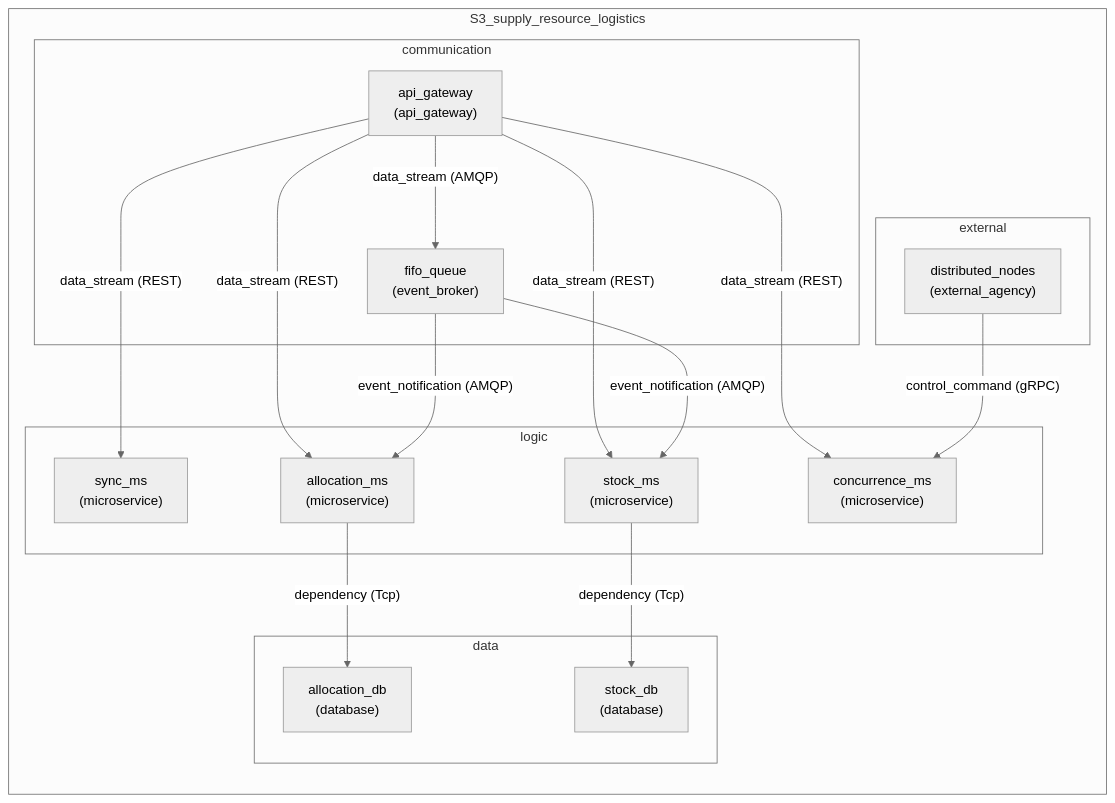
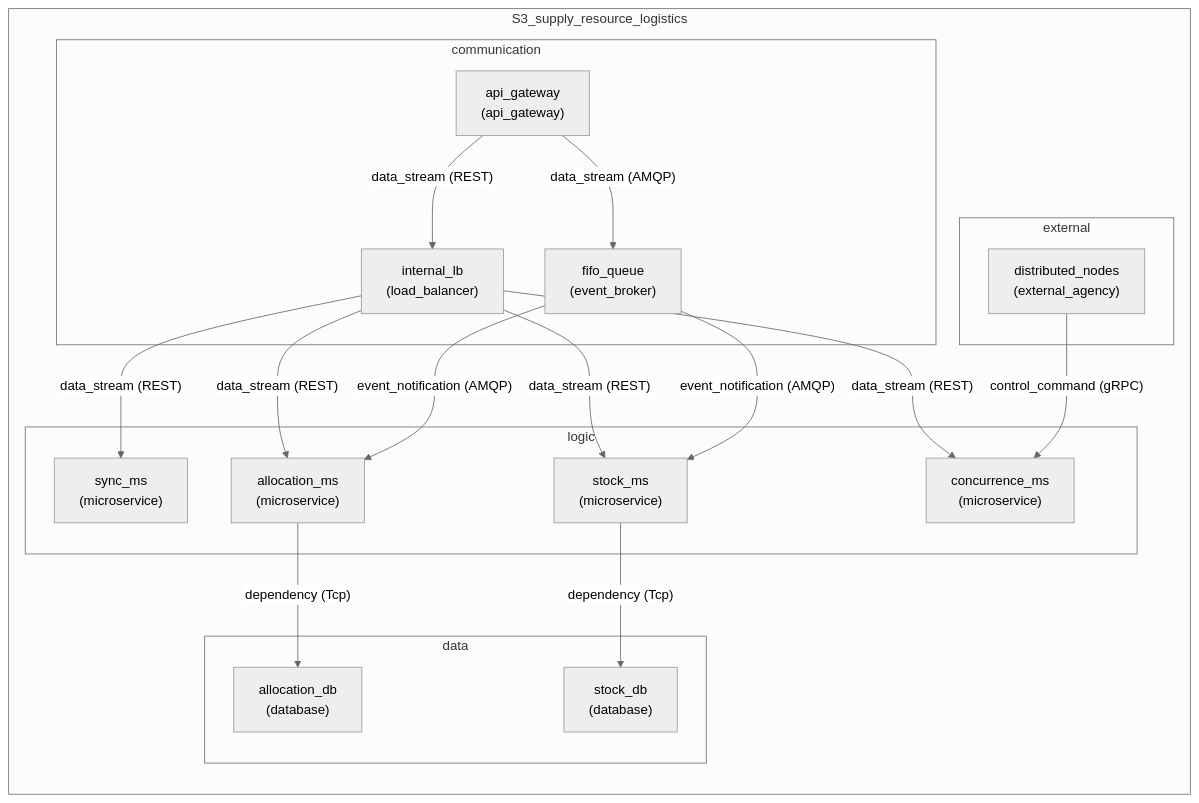
Before and after one commit to Sreyeso/NERCMS-LSSA: the fourth of 7 diagrams in diagrams.md, drawn with Mermaid (neutral theme). The commit also changed 2 other files, not shown here.

Commit message:
generación de diagramas y corrección de formato modelo sistema 3

````diff
--- a/diagrams.md
+++ b/diagrams.md
@@ -170,33 +170,35 @@
 ```mermaid
 graph LR
     subgraph S3_supply_resource_logistics
         subgraph S3_supply_resource_logistics_undefined_communication[communication]
             api_gateway["api_gateway<br/>(api_gateway)"]
+            internal_lb["internal_lb<br/>(load_balancer)"]
             fifo_queue["fifo_queue<br/>(event_broker)"]
         end
         subgraph S3_supply_resource_logistics_undefined_logic[logic]
             sync_ms["sync_ms<br/>(microservice)"]
             allocation_ms["allocation_ms<br/>(microservice)"]
             stock_ms["stock_ms<br/>(microservice)"]
             concurrence_ms["concurrence_ms<br/>(microservice)"]
         end
         subgraph S3_supply_resource_logistics_undefined_data[data]
             allocation_db["allocation_db<br/>(database)"]
             stock_db["stock_db<br/>(database)"]
         end
         subgraph S3_supply_resource_logistics_undefined_external[external]
             distributed_nodes["distributed_nodes<br/>(external_agency)"]
         end
 
-    api_gateway -- "data_stream (REST)" --> sync_ms
-    api_gateway -- "data_stream (REST)" --> allocation_ms
-    api_gateway -- "data_stream (REST)" --> stock_ms
-    api_gateway -- "data_stream (REST)" --> concurrence_ms
+    api_gateway -- "data_stream (REST)" --> internal_lb
+    internal_lb -- "data_stream (REST)" --> sync_ms
+    internal_lb -- "data_stream (REST)" --> allocation_ms
+    internal_lb -- "data_stream (REST)" --> stock_ms
+    internal_lb -- "data_stream (REST)" --> concurrence_ms
     allocation_ms -- "dependency (Tcp)" --> allocation_db
     stock_ms -- "dependency (Tcp)" --> stock_db
     api_gateway -- "data_stream (AMQP)" --> fifo_queue
     fifo_queue -- "event_notification (AMQP)" --> stock_ms
     fifo_queue -- "event_notification (AMQP)" --> allocation_ms
     distributed_nodes -- "control_command (gRPC)" --> concurrence_ms
     end
 ```
````
